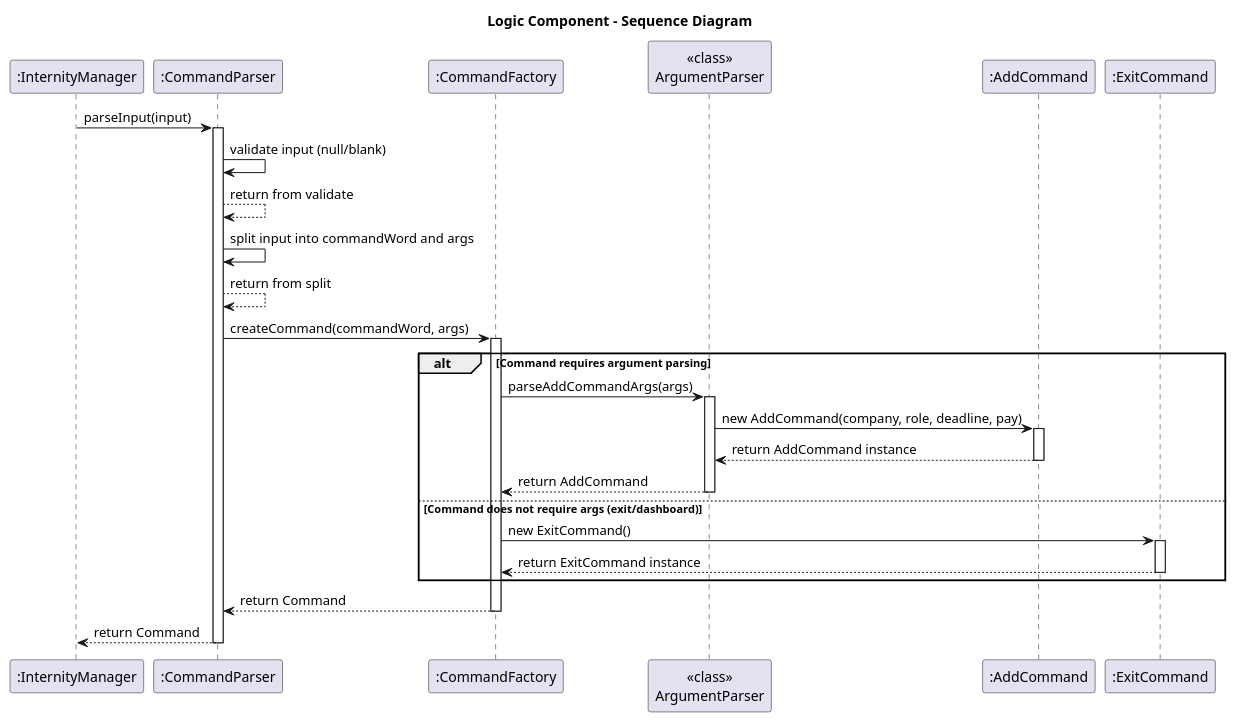
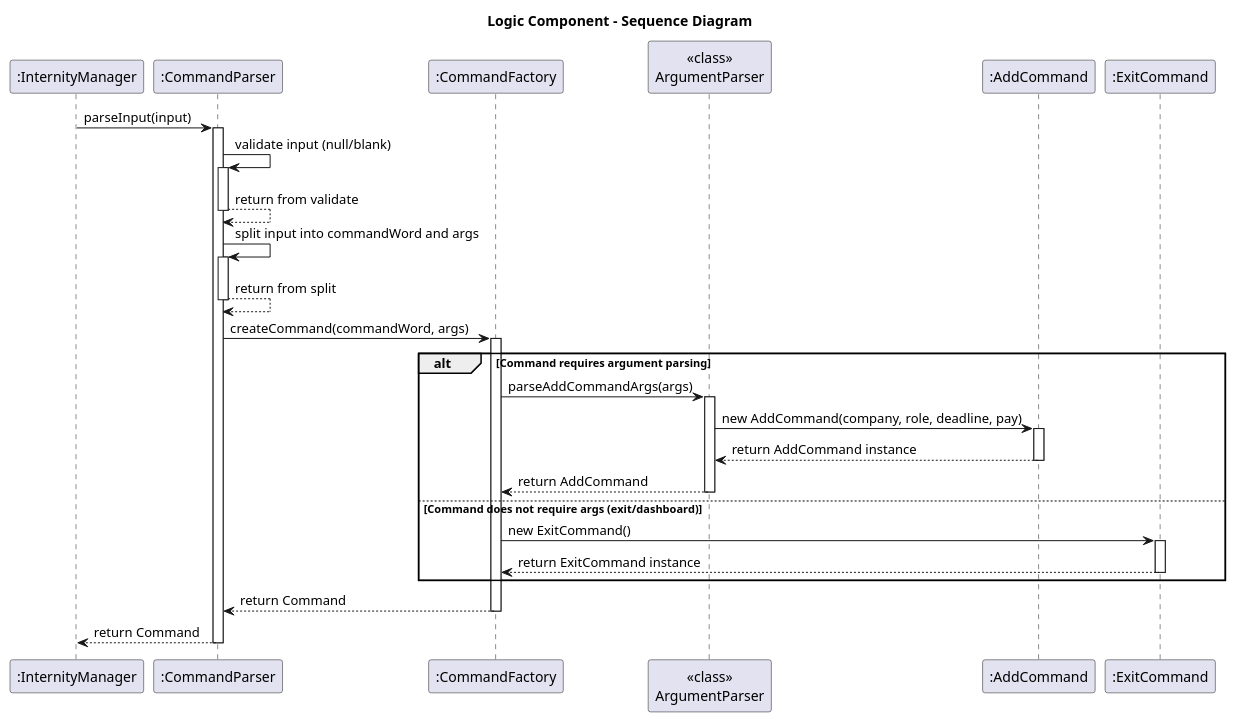
Before and after one commit to BenyAlbatross/tp: the diagram in docs/dg_diagrams/LogicComponentSD.puml, drawn with PlantUML. The commit also changed 6 other files, not shown here.

Commit message:
Create UML diagrams

```diff
--- a/docs/dg_diagrams/LogicComponentSD.puml
+++ b/docs/dg_diagrams/LogicComponentSD.puml
@@ -1,44 +1,52 @@
 @startuml
 title Logic Component - Sequence Diagram
 
 participant ":InternityManager" as IM
 participant ":CommandParser" as CP
 participant ":CommandFactory" as CF
 participant "<<class>>\nArgumentParser" as AP
 participant ":AddCommand" as AddC
 participant ":ExitCommand" as ExitC
 
 IM -> CP: parseInput(input)
 activate CP
 
+' --- validate input ---
 CP -> CP: validate input (null/blank)
+activate CP
 CP --> CP: return from validate
+deactivate CP
 
+' --- split input ---
 CP -> CP: split input into commandWord and args
+activate CP
 CP --> CP: return from split
+deactivate CP
 
+' --- create command via factory ---
 CP -> CF: createCommand(commandWord, args)
 activate CF
 
 alt Command requires argument parsing
     CF -> AP: parseAddCommandArgs(args)
     activate AP
     AP -> AddC: new AddCommand(company, role, deadline, pay)
     activate AddC
     AddC --> AP: return AddCommand instance
     deactivate AddC
     AP --> CF: return AddCommand
     deactivate AP
 else Command does not require args (exit/dashboard)
     CF -> ExitC: new ExitCommand()
     activate ExitC
     ExitC --> CF: return ExitCommand instance
     deactivate ExitC
 end
 
 CF --> CP: return Command
 deactivate CF
 
 CP --> IM: return Command
 deactivate CP
+
 @enduml
```
